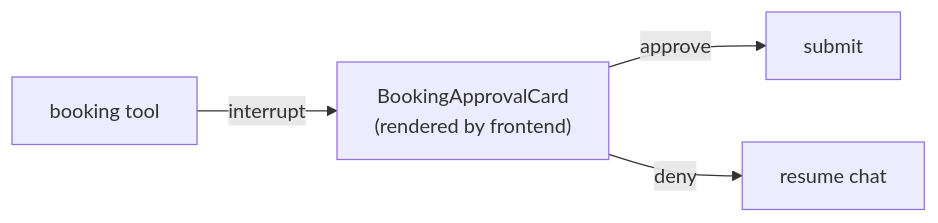
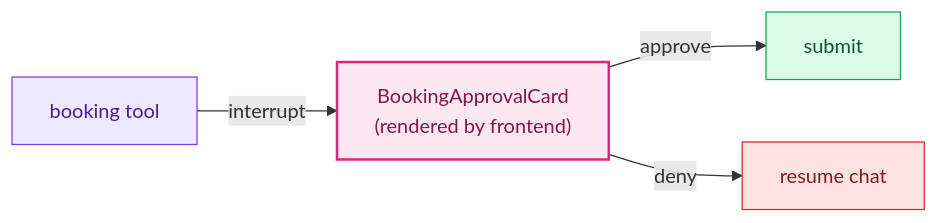
Before and after one commit to nguyentrathao-agilityio/travel-assistant: the second of 2 diagrams in docs/flows/04-booking-handoff-hitl.md, drawn with Mermaid. The commit also changed other lines of this file and 6 other files, not shown here.

Commit message:
docs: style Mermaid workflow diagrams

````diff
--- a/docs/flows/04-booking-handoff-hitl.md
+++ b/docs/flows/04-booking-handoff-hitl.md
@@ -24,6 +34,16 @@
 ```mermaid
 flowchart LR
     Tool[booking tool] -->|interrupt| Card["BookingApprovalCard\n(rendered by frontend)"]
     Card -->|approve| Submit[submit]
     Card -->|deny| Resume[resume chat]
+
+    classDef agent fill:#ede9fe,stroke:#7c3aed,color:#4c1d95
+    classDef ui fill:#fce7f3,stroke:#db2777,color:#831843,stroke-width:2px
+    classDef success fill:#dcfce7,stroke:#16a34a,color:#14532d
+    classDef danger fill:#fee2e2,stroke:#dc2626,color:#7f1d1d
+
+    class Tool agent
+    class Card ui
+    class Submit success
+    class Resume danger
 ```
````
